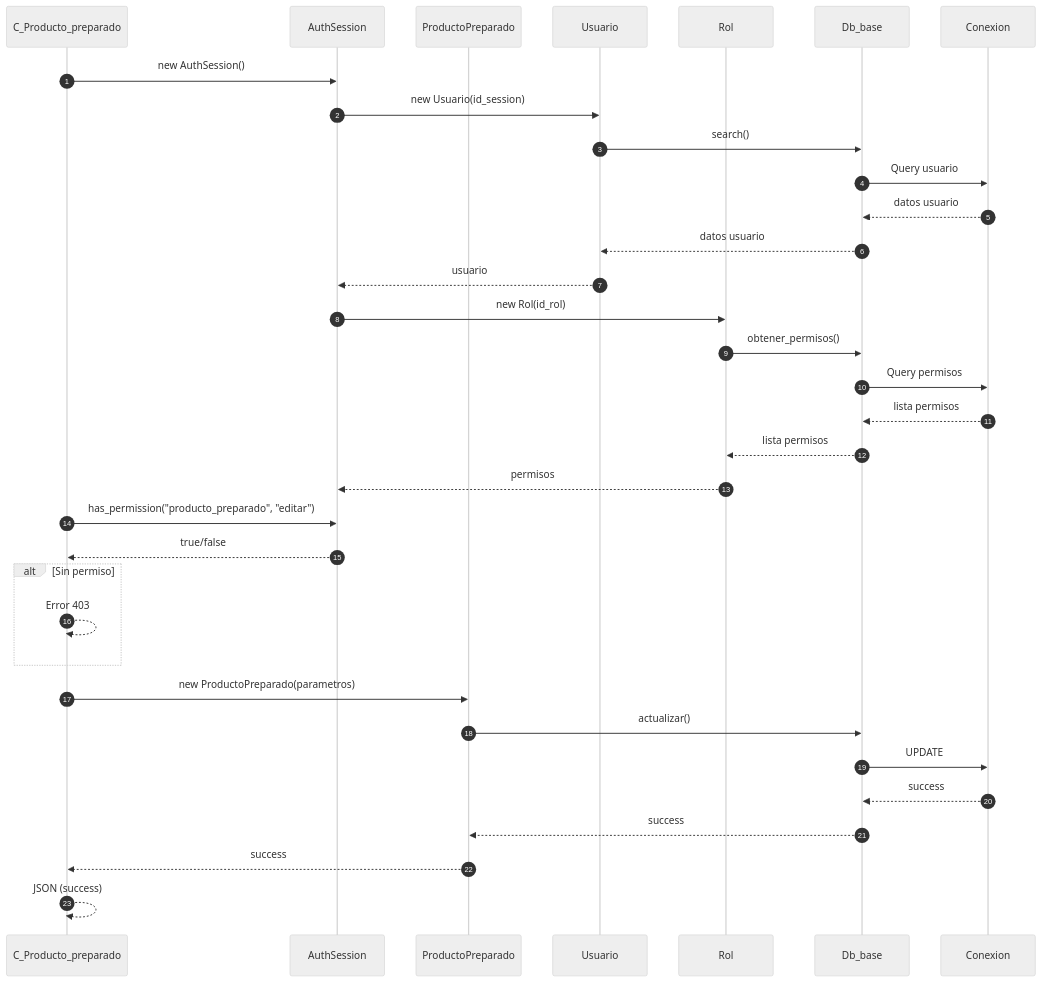
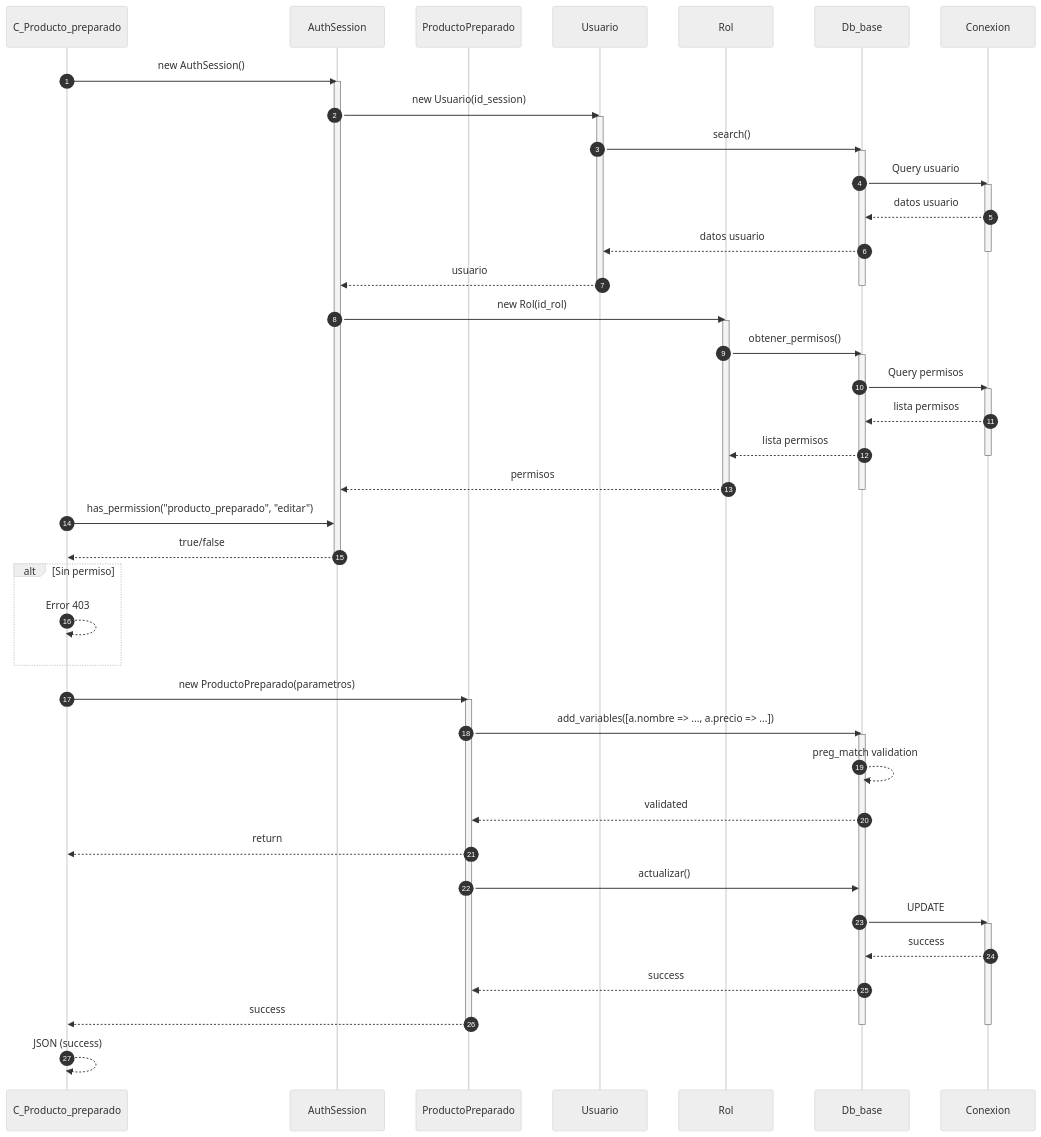
One commit to Tecrato/BurgerHouse changed the third of 4 diagrams in docs/secuencia/productos/producto_preparado.md. Above: the diagram before and after it, drawn with Mermaid (neutral theme). The commit also changed other lines of this file and 16 other files, not shown here.

First line of the commit message:
Annotate mermaid sequences & throttle generator

````diff
--- a/docs/secuencia/productos/producto_preparado.md
+++ b/docs/secuencia/productos/producto_preparado.md
@@ -96,42 +140,66 @@
 ```mermaid
 sequenceDiagram
     autonumber
     participant C_Producto_preparado as C_Producto_preparado
     participant AuthSession as AuthSession
     participant ProductoPreparado as ProductoPreparado
     participant Usuario as Usuario
     participant Rol as Rol
     participant Db_base as Db_base
     participant Conexion as Conexion
     
     C_Producto_preparado->>AuthSession: new AuthSession()
+    activate AuthSession
     AuthSession->>Usuario: new Usuario(id_session)
+    activate Usuario
     Usuario->>Db_base: search()
+    activate Db_base
     Db_base->>Conexion: Query usuario
+    activate Conexion
     Conexion-->>Db_base: datos usuario
     Db_base-->>Usuario: datos usuario
+    deactivate Conexion
     Usuario-->>AuthSession: usuario
+    deactivate Usuario
+    deactivate Db_base
     
     AuthSession->>Rol: new Rol(id_rol)
+    activate Rol
     Rol->>Db_base: obtener_permisos()
+    activate Db_base
     Db_base->>Conexion: Query permisos
+    activate Conexion
     Conexion-->>Db_base: lista permisos
     Db_base-->>Rol: lista permisos
+    deactivate Conexion
     Rol-->>AuthSession: permisos
+    deactivate Rol
+    deactivate Db_base
     
     C_Producto_preparado->>AuthSession: has_permission("producto_preparado", "editar")
     AuthSession-->>C_Producto_preparado: true/false
+    deactivate AuthSession
     
     alt Sin permiso
         C_Producto_preparado-->>C_Producto_preparado: Error 403
     end
     
     C_Producto_preparado->>ProductoPreparado: new ProductoPreparado(parametros)
+    activate ProductoPreparado
+    ProductoPreparado->>Db_base: add_variables([a.nombre => ..., a.precio => ...])
+    activate Db_base
+    Db_base-->>Db_base: preg_match validation
+    Db_base-->>ProductoPreparado: validated
+    ProductoPreparado-->>C_Producto_preparado: return
     ProductoPreparado->>Db_base: actualizar()
     Db_base->>Conexion: UPDATE
+    activate Conexion
     Conexion-->>Db_base: success
     Db_base-->>ProductoPreparado: success
     ProductoPreparado-->>C_Producto_preparado: success
+    deactivate ProductoPreparado
+    deactivate Conexion
+    deactivate Db_base
     
     C_Producto_preparado-->>C_Producto_preparado: JSON (success)
 ```
````
